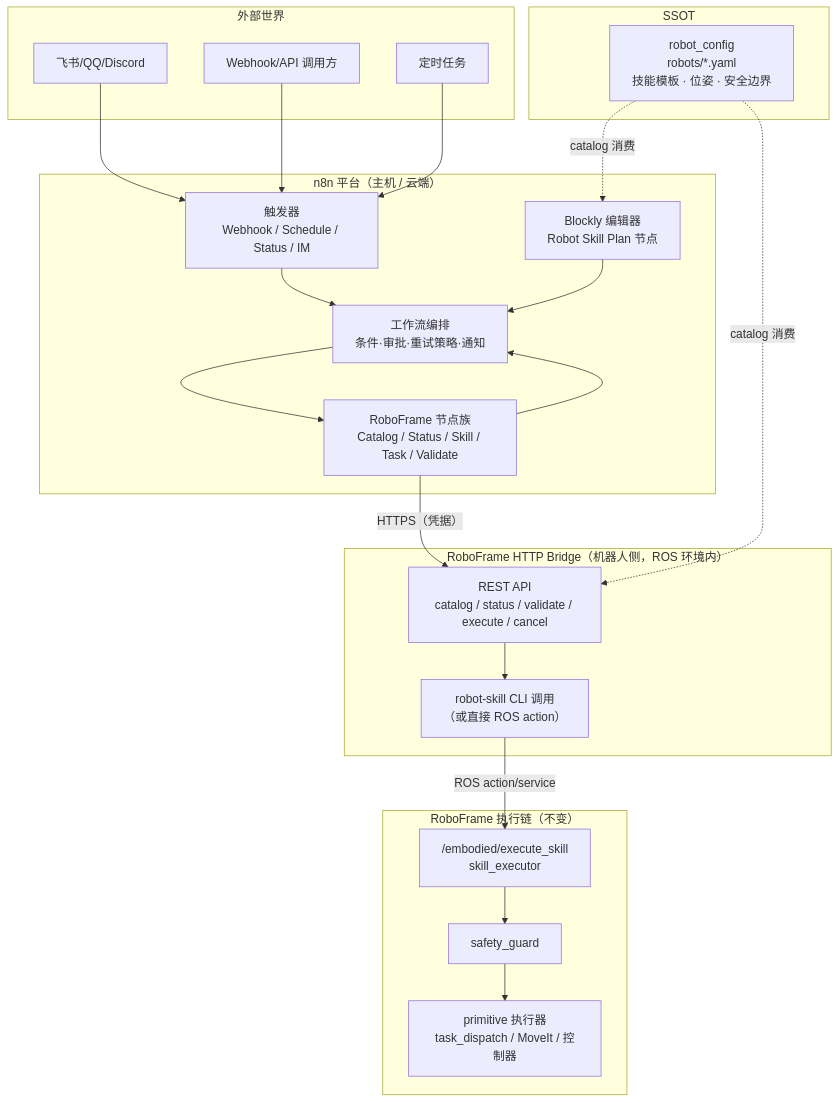
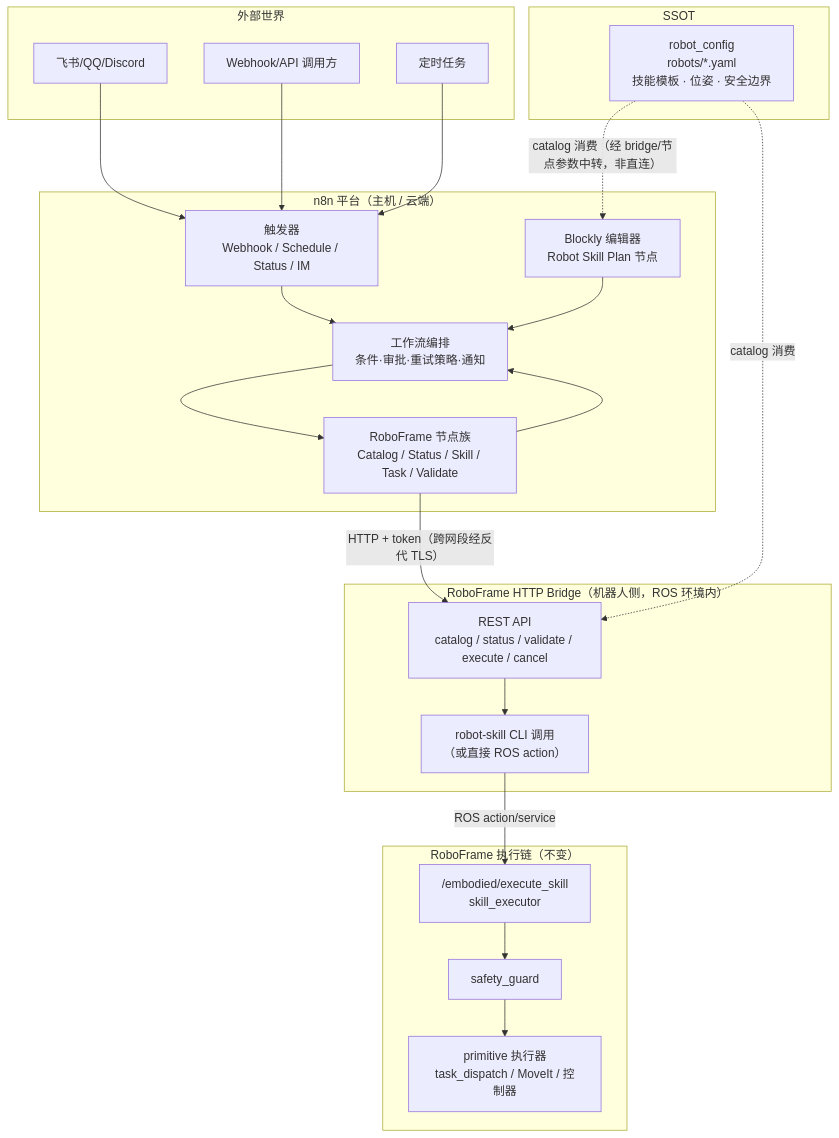
Before and after one commit to zhaoyilun/code-canvas: the first of 2 diagrams in docs/roboframe/roboframe-integration-design.md, drawn with Mermaid. The commit also changed other lines of this file, not shown here.

````diff
--- a/docs/roboframe/roboframe-integration-design.md
+++ b/docs/roboframe/roboframe-integration-design.md
@@ -160,44 +160,44 @@
 ```mermaid
 graph TB
     subgraph 外部世界["外部世界"]
         IM["飞书/QQ/Discord"]
         WEB["Webhook/API 调用方"]
         CRON["定时任务"]
     end
 
     subgraph n8n["n8n 平台（主机 / 云端）"]
         TRIG["触发器<br/>Webhook / Schedule / Status / IM"]
         WF["工作流编排<br/>条件·审批·重试策略·通知"]
         NODES["RoboFrame 节点族<br/>Catalog / Status / Skill / Task / Validate"]
         BLOCKLY["Blockly 编辑器<br/>Robot Skill Plan 节点"]
         NODES --> WF
         TRIG --> WF
         BLOCKLY --> WF
         WF --> NODES
     end
 
     subgraph bridge["RoboFrame HTTP Bridge（机器人侧，ROS 环境内）"]
         BAPI["REST API<br/>catalog / status / validate / execute / cancel"]
         BCLI["robot-skill CLI 调用<br/>（或直接 ROS action）"]
         BAPI --> BCLI
     end
 
     subgraph robot["RoboFrame 执行链（不变）"]
         SKILL["/embodied/execute_skill<br/>skill_executor"]
         SAFE["safety_guard"]
         PRIM["primitive 执行器<br/>task_dispatch / MoveIt / 控制器"]
         SKILL --> SAFE --> PRIM
     end
 
     subgraph ssot["SSOT"]
         YAML["robot_config<br/>robots/*.yaml<br/>技能模板 · 位姿 · 安全边界"]
     end
 
-    NODES -- "HTTPS（凭据）" --> BAPI
+    NODES -- "HTTP + token（跨网段经反代 TLS）" --> BAPI
     BCLI -- "ROS action/service" --> SKILL
     YAML -. "catalog 消费" .-> BAPI
-    YAML -. "catalog 消费" .-> BLOCKLY
+    YAML -. "catalog 消费（经 bridge/节点参数中转，非直连）" .-> BLOCKLY
     IM --> TRIG
     WEB --> TRIG
     CRON --> TRIG
 ```
````
